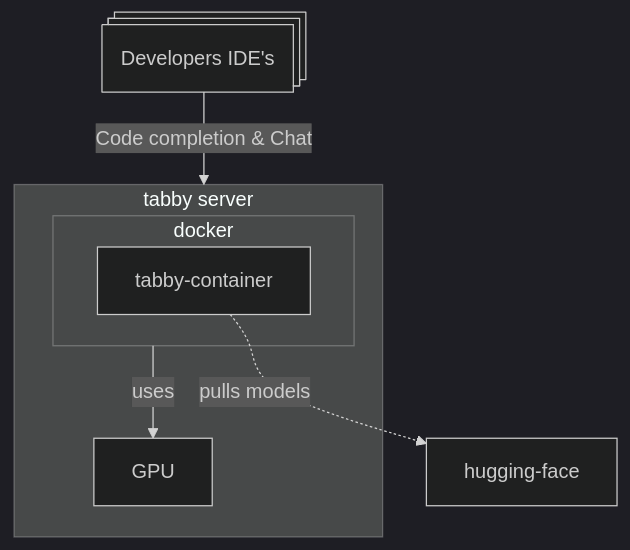
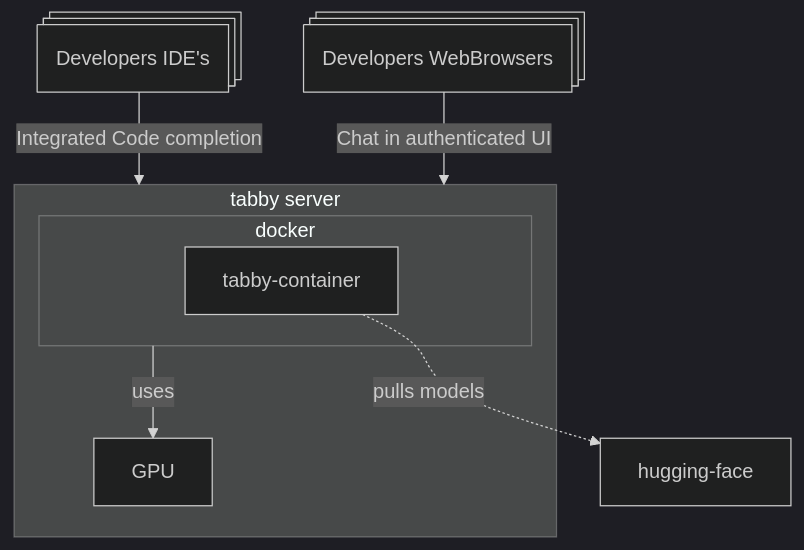
Before and after one commit to obdsfgse/copilot-at-home: the diagram in README.md, drawn with Mermaid (dark theme).

````diff
--- a/README.md
+++ b/README.md
@@ -7,13 +7,15 @@
 ```mermaid
   flowchart TD
     D@{ shape: procs, label: "Developers IDE's"}
+    E@{ shape: procs, label: "Developers WebBrowsers"}
     subgraph tabby[tabby server]
       subgraph docker
         tabby-container
       end
       GPU
     end
     tabby-container -.-> |pulls models| hugging-face
     docker -->|uses| GPU
-    D --> |Code completion & Chat| tabby
+    D --> |Integrated Code completion| tabby
+    E --> |Chat in authenticated UI| tabby
 ```
````
